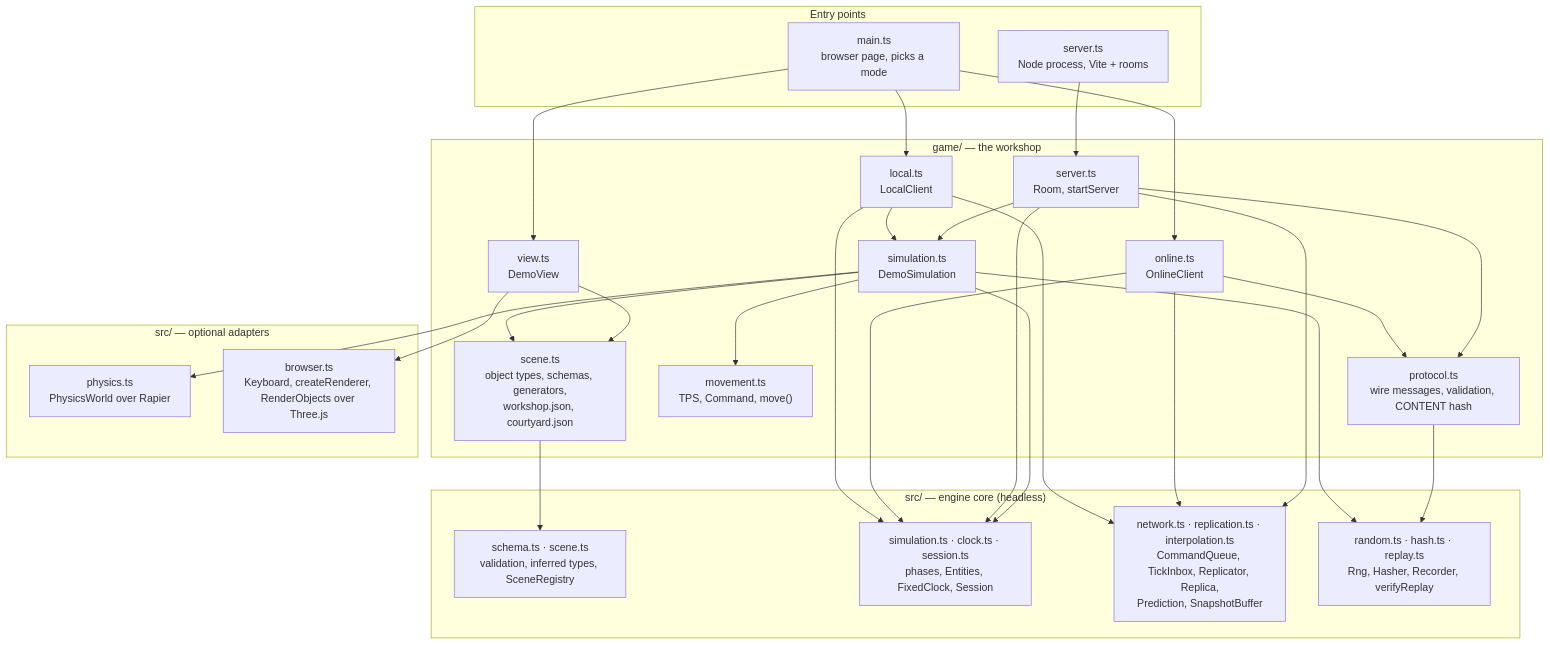
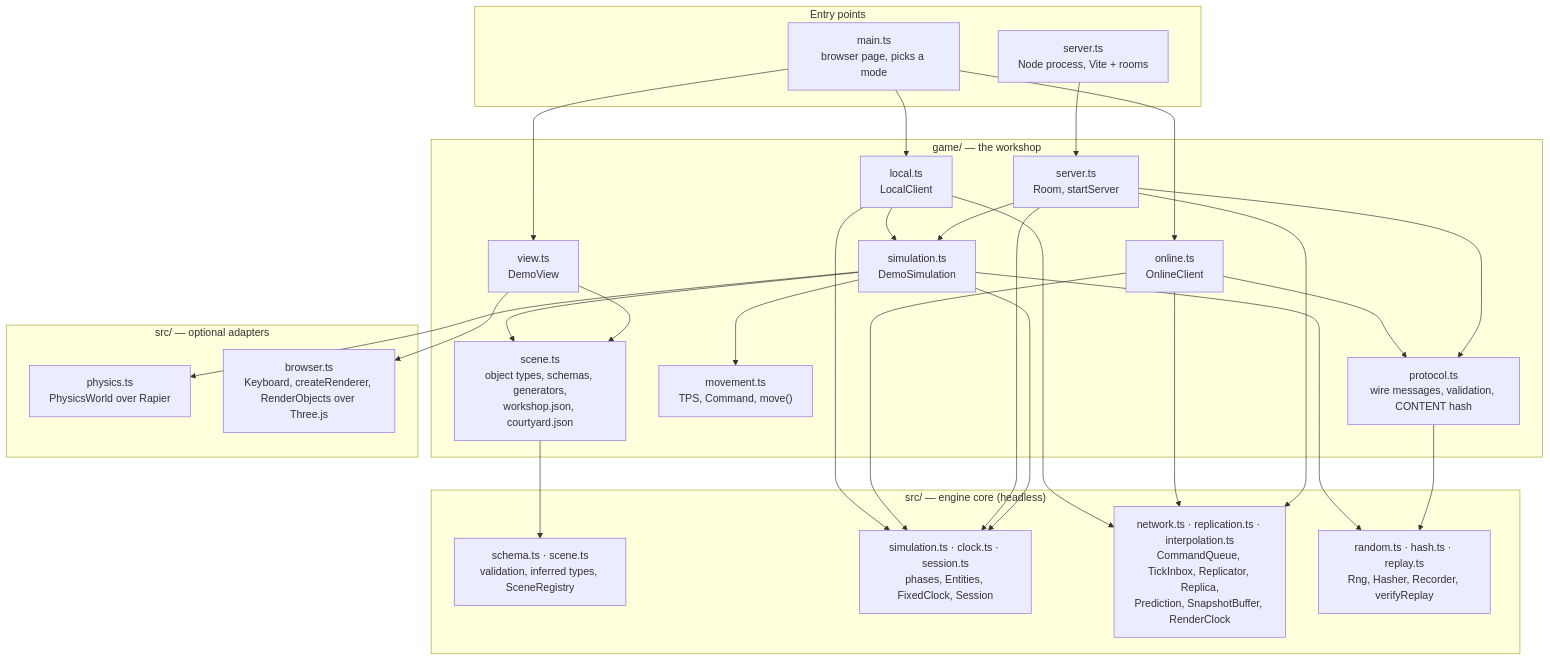
The first of 8 diagrams in ARCHITECTURE.md (jensbaagaard/gameEngineTS-rapier), drawn with Mermaid before and after one commit. The commit also changed other lines of this file and 11 other files, not shown here.

````diff
--- a/ARCHITECTURE.md
+++ b/ARCHITECTURE.md
@@ -15,42 +15,42 @@
 ```mermaid
 flowchart TB
   subgraph entry["Entry points"]
     main["main.ts<br/>browser page, picks a mode"]
     serverEntry["server.ts<br/>Node process, Vite + rooms"]
   end
 
   subgraph game["game/ — the workshop"]
     scene["scene.ts<br/>object types, schemas, generators,<br/>workshop.json, courtyard.json"]
     movement["movement.ts<br/>TPS, Command, move()"]
     protocol["protocol.ts<br/>wire messages, validation, CONTENT hash"]
     sim["simulation.ts<br/>DemoSimulation"]
     view["view.ts<br/>DemoView"]
     local["local.ts<br/>LocalClient"]
     online["online.ts<br/>OnlineClient"]
     room["server.ts<br/>Room, startServer"]
   end
 
   subgraph core["src/ — engine core (headless)"]
     schema["schema.ts · scene.ts<br/>validation, inferred types, SceneRegistry"]
     loop["simulation.ts · clock.ts · session.ts<br/>phases, Entities, FixedClock, Session"]
-    net["network.ts · replication.ts · interpolation.ts<br/>CommandQueue, TickInbox, Replicator, Replica,<br/>Prediction, SnapshotBuffer"]
+    net["network.ts · replication.ts · interpolation.ts<br/>CommandQueue, TickInbox, Replicator, Replica,<br/>Prediction, SnapshotBuffer, RenderClock"]
     det["random.ts · hash.ts · replay.ts<br/>Rng, Hasher, Recorder, verifyReplay"]
   end
 
   subgraph adapters["src/ — optional adapters"]
     physics["physics.ts<br/>PhysicsWorld over Rapier"]
     browser["browser.ts<br/>Keyboard, createRenderer, RenderObjects over Three.js"]
   end
 
   main --> local & online & view
   serverEntry --> room
   local --> sim
   online --> protocol
   room --> sim & protocol
   sim --> scene & movement & physics
   view --> scene & browser
   local & online & room --> loop & net
   scene --> schema
   sim --> loop & det
   protocol --> det
 ```
````
